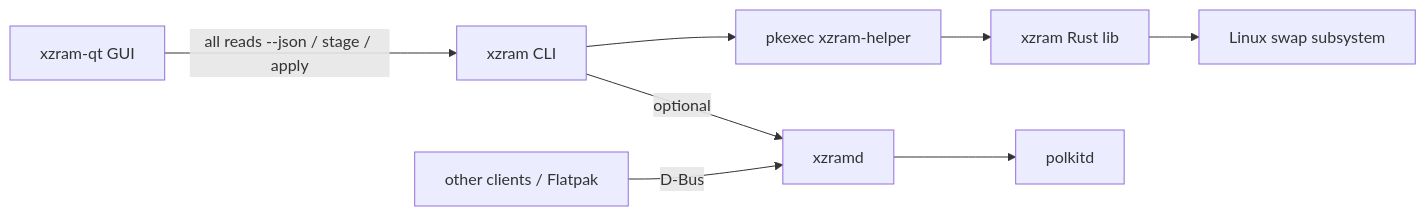
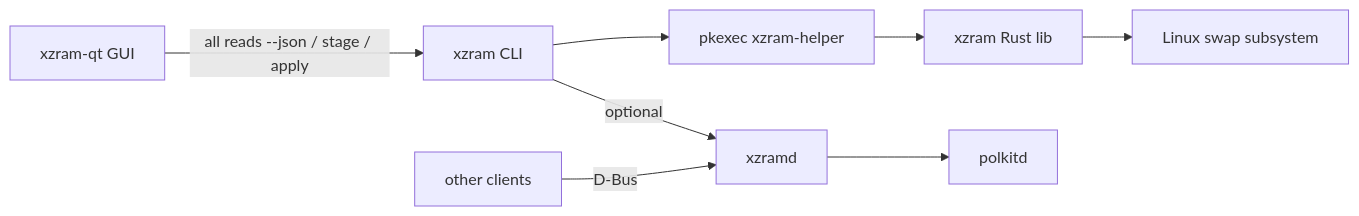
Before and after one commit to asafelobotomy/XZram: the diagram in docs/GUI-PHASE2.md, drawn with Mermaid. The commit also changed other lines of this file and 46 other files, not shown here.

````diff
--- a/docs/GUI-PHASE2.md
+++ b/docs/GUI-PHASE2.md
@@ -13,10 +13,10 @@
 ```mermaid
 flowchart LR
     QtGUI[xzram-qt GUI] -->|"all reads --json / stage / apply"| CLI[xzram CLI]
     CLI --> Helper[pkexec xzram-helper]
     CLI -->|optional| Daemon[xzramd]
-    OtherClients[other clients / Flatpak] -->|D-Bus| Daemon
+    OtherClients[other clients] -->|D-Bus| Daemon
     Daemon --> Polkit[polkitd]
     Helper --> Lib[xzram Rust lib]
     Lib --> System[Linux swap subsystem]
 ```
````
